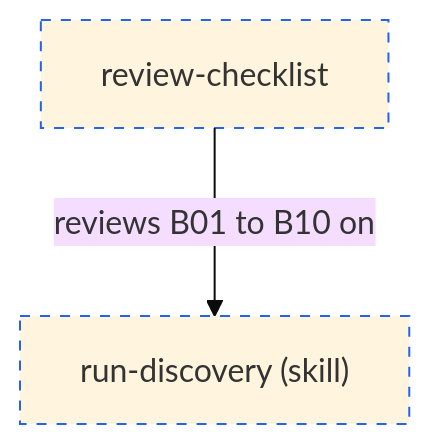
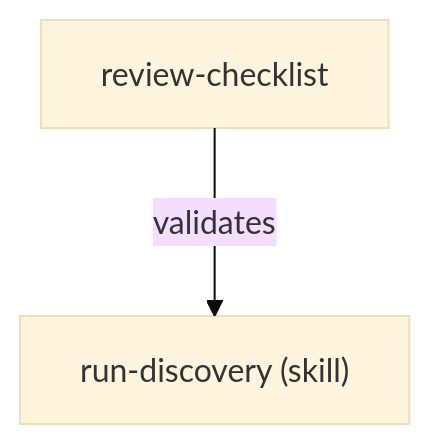
The diagram in discovery-orchestrator/README.md (vrparthasarathy/migration-job-discovery), drawn with Mermaid (base theme) before and after one commit. The commit also changed other lines of this file and 24 other files, not shown here.

Commit message:
Build Discovery Orchestrator and Review CSV Exporter.

````diff
--- a/discovery-orchestrator/README.md
+++ b/discovery-orchestrator/README.md
@@ -72,12 +26,11 @@
 ```mermaid
 ---
 config:
   layout: elk
 ---
 %%{init: {"securityLevel": "loose"}}%%
 flowchart TB
-  chk["review-checklist"]:::planned
-  skill["run-discovery (skill)"]:::planned
-  chk -->|"reviews B01 to B10 on"| skill
-  classDef planned stroke-dasharray: 5 5,stroke:#2563eb
+  chk["review-checklist"]
+  skill["run-discovery (skill)"]
+  chk -->|"validates"| skill
 ```
````
